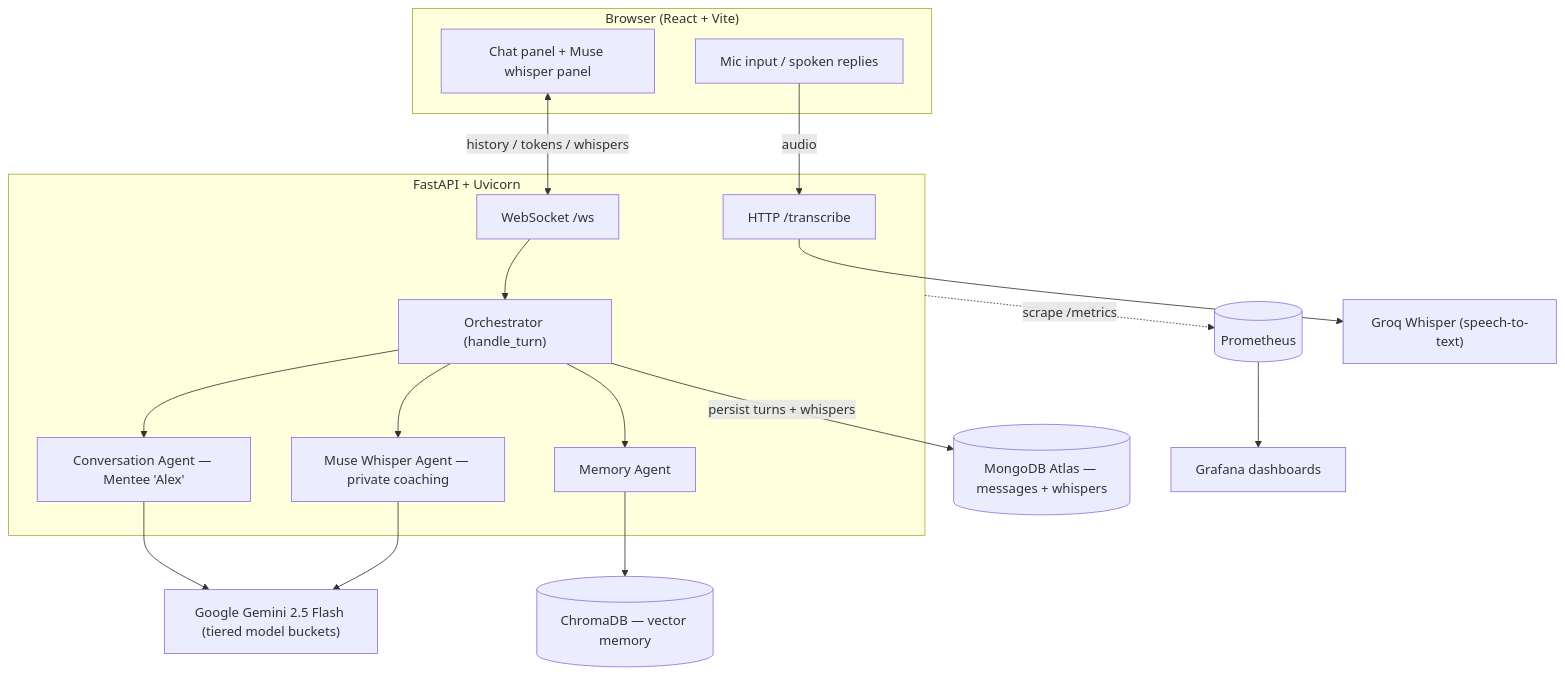
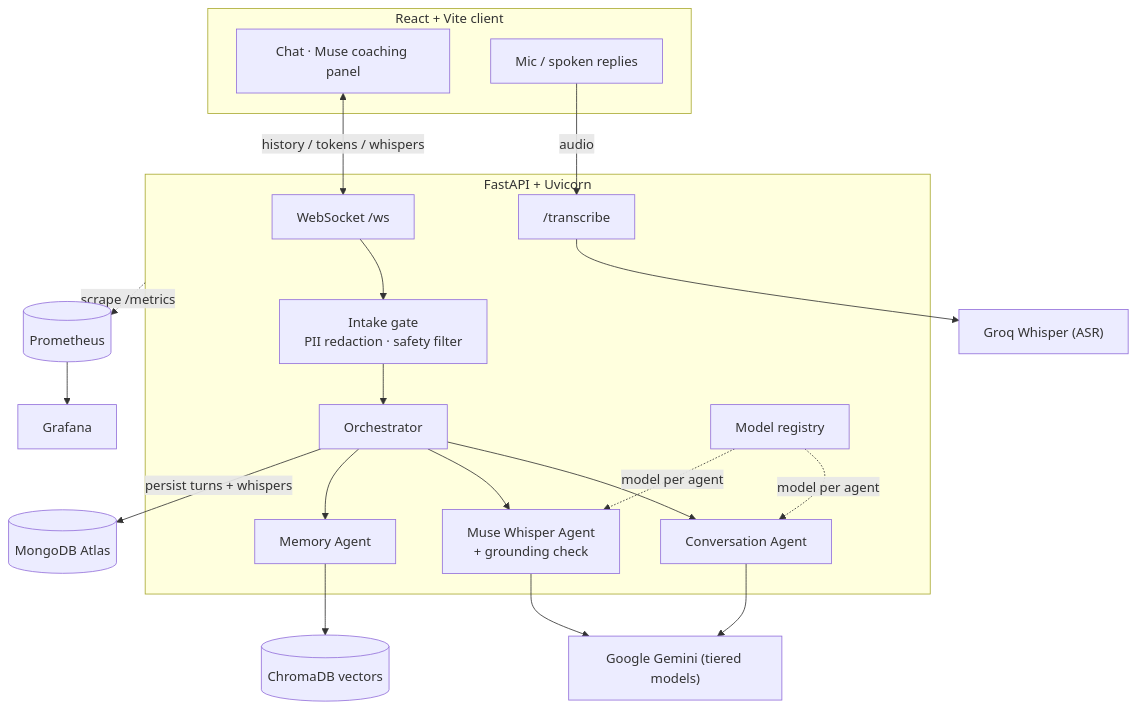
Before and after one commit to SwastikChowdhury/muse-ai-lite: the diagram in README.md, drawn with Mermaid. The commit also changed other lines of this file, not shown here.

````diff
--- a/README.md
+++ b/README.md
@@ -11,32 +44,36 @@
 ```mermaid
 flowchart TB
-    subgraph Browser["Browser (React + Vite)"]
-        UI["Chat panel + Muse whisper panel"]
-        Mic["Mic input / spoken replies"]
+    subgraph Client["React + Vite client"]
+        UI["Chat · Muse coaching panel"]
+        Mic["Mic / spoken replies"]
     end
 
-    subgraph Backend["FastAPI + Uvicorn"]
+    subgraph Server["FastAPI + Uvicorn"]
         WS["WebSocket /ws"]
-        TR["HTTP /transcribe"]
-        ORC["Orchestrator (handle_turn)"]
-        CA["Conversation Agent — Mentee 'Alex'"]
-        WA["Muse Whisper Agent — private coaching"]
-        MA["Memory Agent"]
+        GATE["Intake gate<br/>PII redaction · safety filter"]
+        ORC["Orchestrator"]
+        CONV["Conversation Agent"]
+        MUSE["Muse Whisper Agent<br/>+ grounding check"]
+        MEM["Memory Agent"]
+        TR["/transcribe"]
+        REG["Model registry"]
     end
 
-    Gemini["Google Gemini 2.5 Flash (tiered model buckets)"]
-    Groq["Groq Whisper (speech-to-text)"]
-    Chroma[("ChromaDB — vector memory")]
-    Mongo[("MongoDB Atlas — messages + whispers")]
+    Gemini["Google Gemini (tiered models)"]
+    Groq["Groq Whisper (ASR)"]
+    Mongo[("MongoDB Atlas")]
+    Chroma[("ChromaDB vectors")]
     Prom[("Prometheus")]
-    Graf["Grafana dashboards"]
+    Graf["Grafana"]
 
     UI <-->|history / tokens / whispers| WS
     Mic -->|audio| TR --> Groq
-    WS --> ORC
-    ORC --> CA --> Gemini
-    ORC --> WA --> Gemini
-    ORC --> MA --> Chroma
+    WS --> GATE --> ORC
+    ORC --> CONV --> Gemini
+    ORC --> MUSE --> Gemini
+    ORC --> MEM --> Chroma
+    REG -. model per agent .-> CONV
+    REG -. model per agent .-> MUSE
     ORC -->|persist turns + whispers| Mongo
-    Backend -. scrape /metrics .-> Prom --> Graf
+    Server -. scrape /metrics .-> Prom --> Graf
 ```
````
